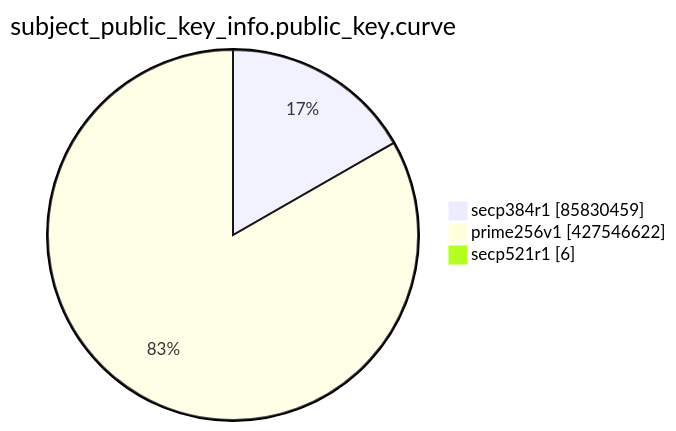
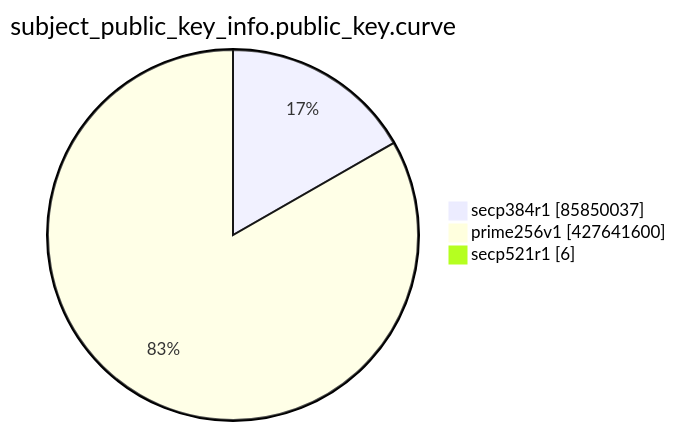
The eighth of 15 diagrams in TOTAL/README.md (christiankrug/ctmonitor_visualization), drawn with Mermaid before and after one commit. The commit also changed other lines of this file, not shown here.

````diff
--- a/TOTAL/README.md
+++ b/TOTAL/README.md
@@ -3100,7 +3100,7 @@
 ```mermaid
 pie showData
 title subject_public_key_info.public_key.curve
-"secp384r1" :85830459
-"prime256v1" :427546622
+"secp384r1" :85850037
+"prime256v1" :427641600
 "secp521r1" :6
 ```
````
